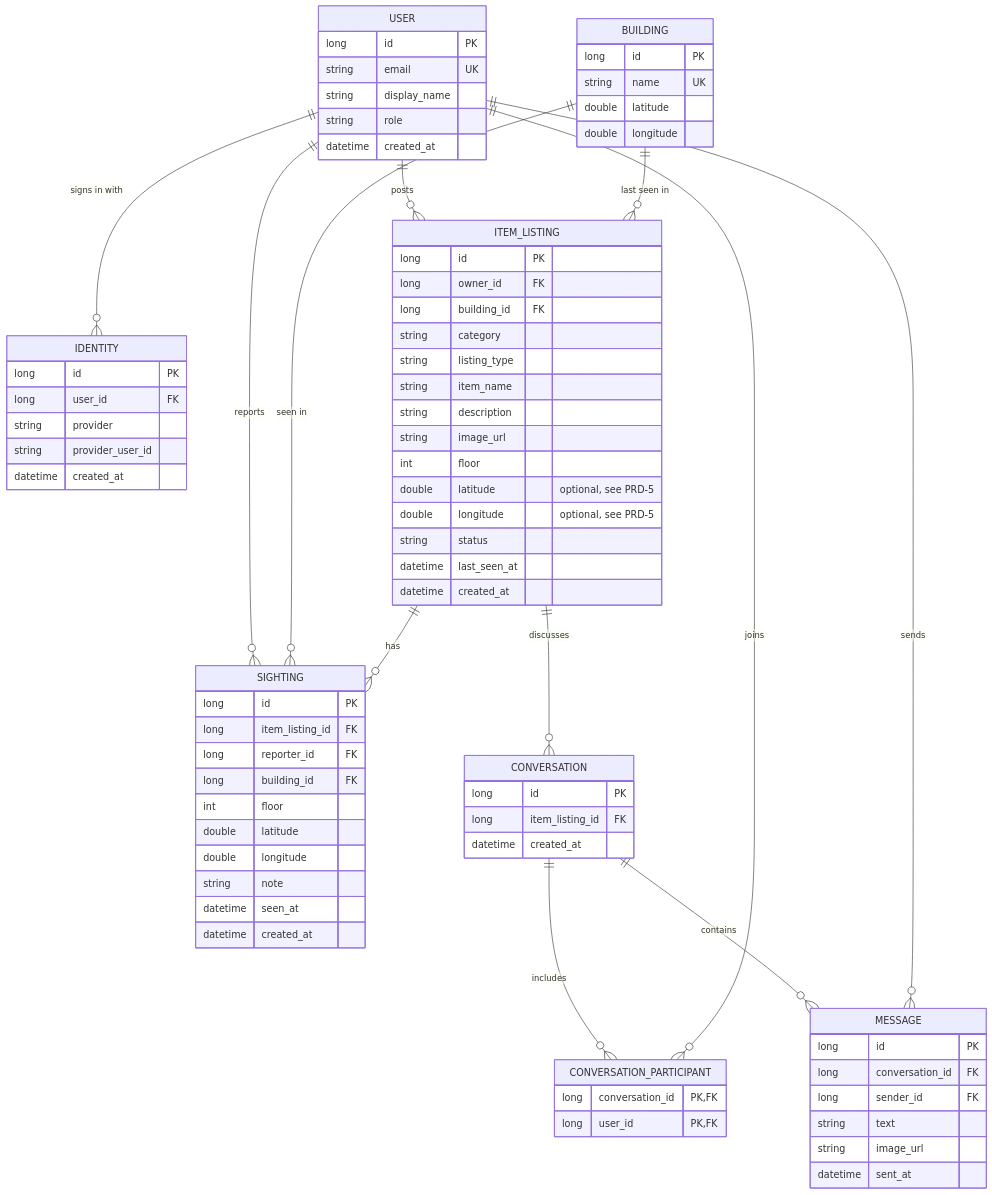
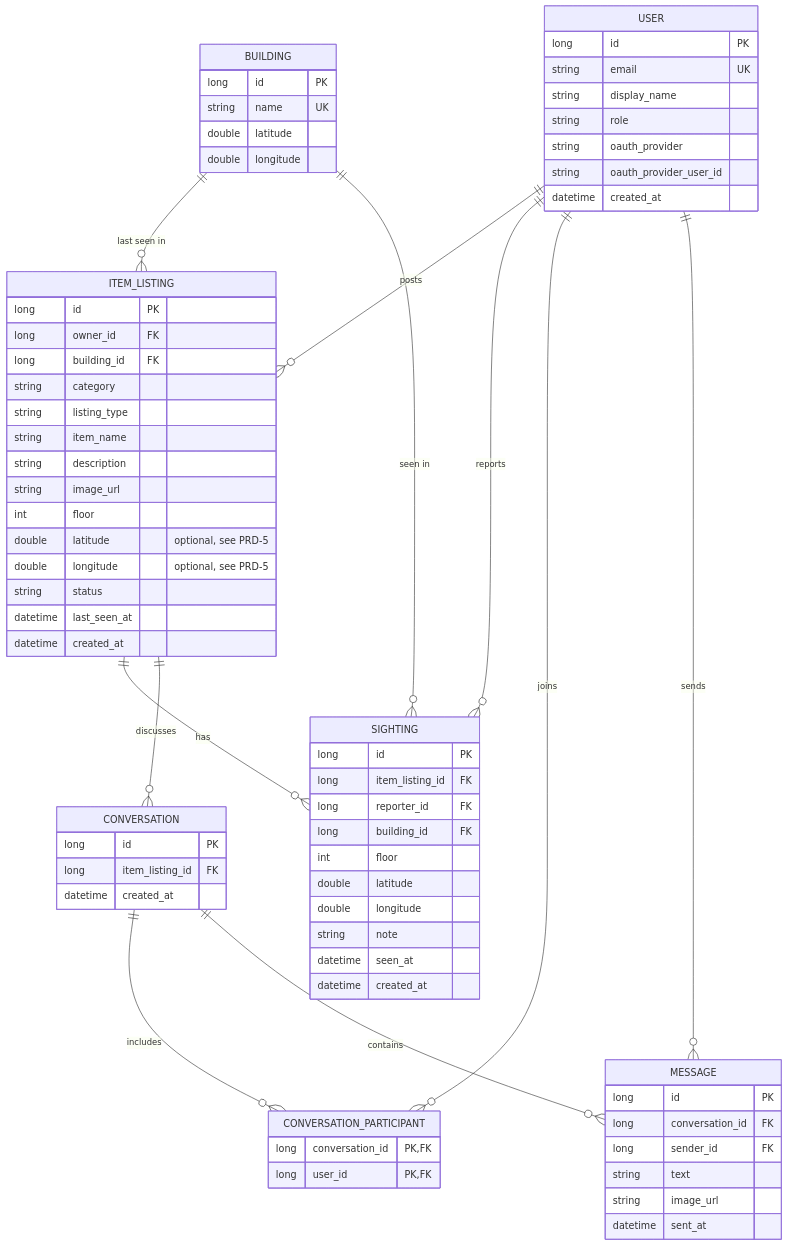
Before and after one commit to CST438OtterFind/OtterFind: the diagram in docs/erd.md, drawn with Mermaid. The commit also changed other lines of this file and 52 other files, not shown here.

````diff
--- a/docs/erd.md
+++ b/docs/erd.md
@@ -11,6 +11,5 @@
 ```mermaid
 erDiagram
-    USER ||--o{ IDENTITY : "signs in with"
     USER ||--o{ ITEM_LISTING : posts
     USER ||--o{ SIGHTING : reports
     BUILDING ||--o{ ITEM_LISTING : "last seen in"
@@ -27,14 +26,8 @@
         string email UK
         string display_name
         string role
-        datetime created_at
-    }
-
-    IDENTITY {
-        long id PK
-        long user_id FK
-        string provider
-        string provider_user_id
+        string oauth_provider
+        string oauth_provider_user_id
         datetime created_at
     }
 
````
